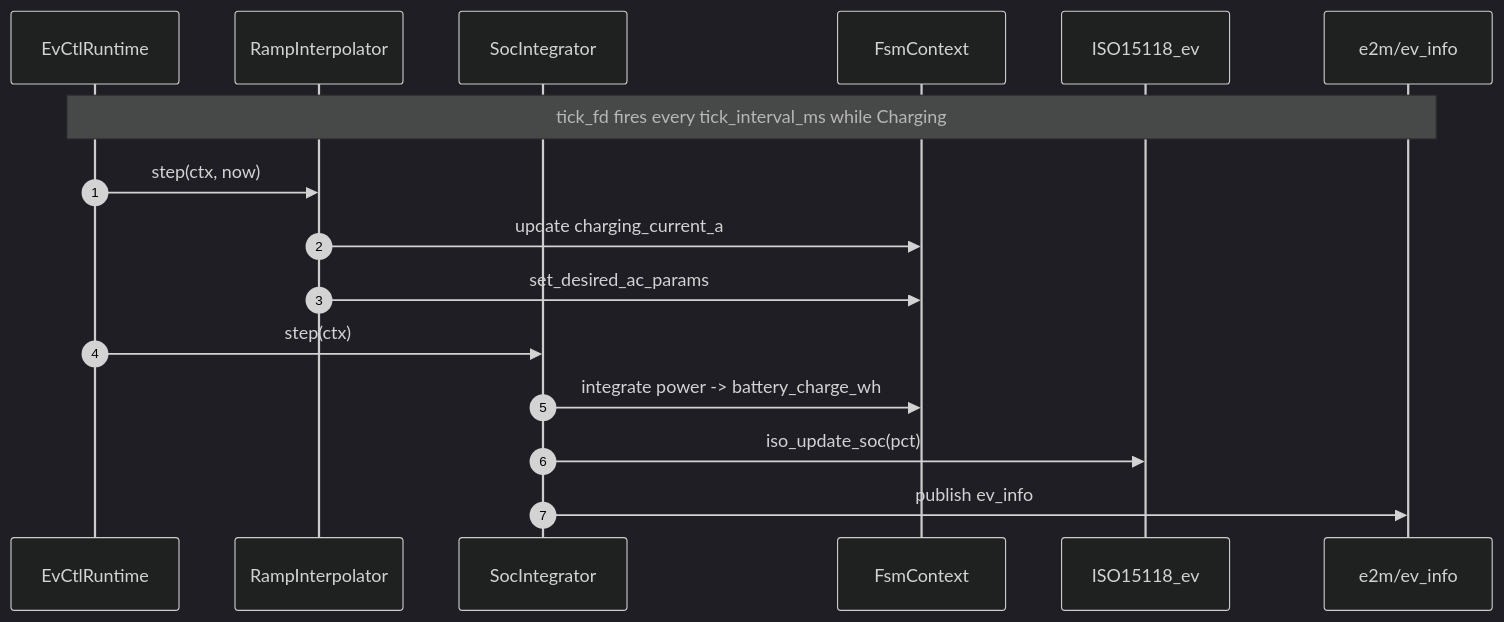
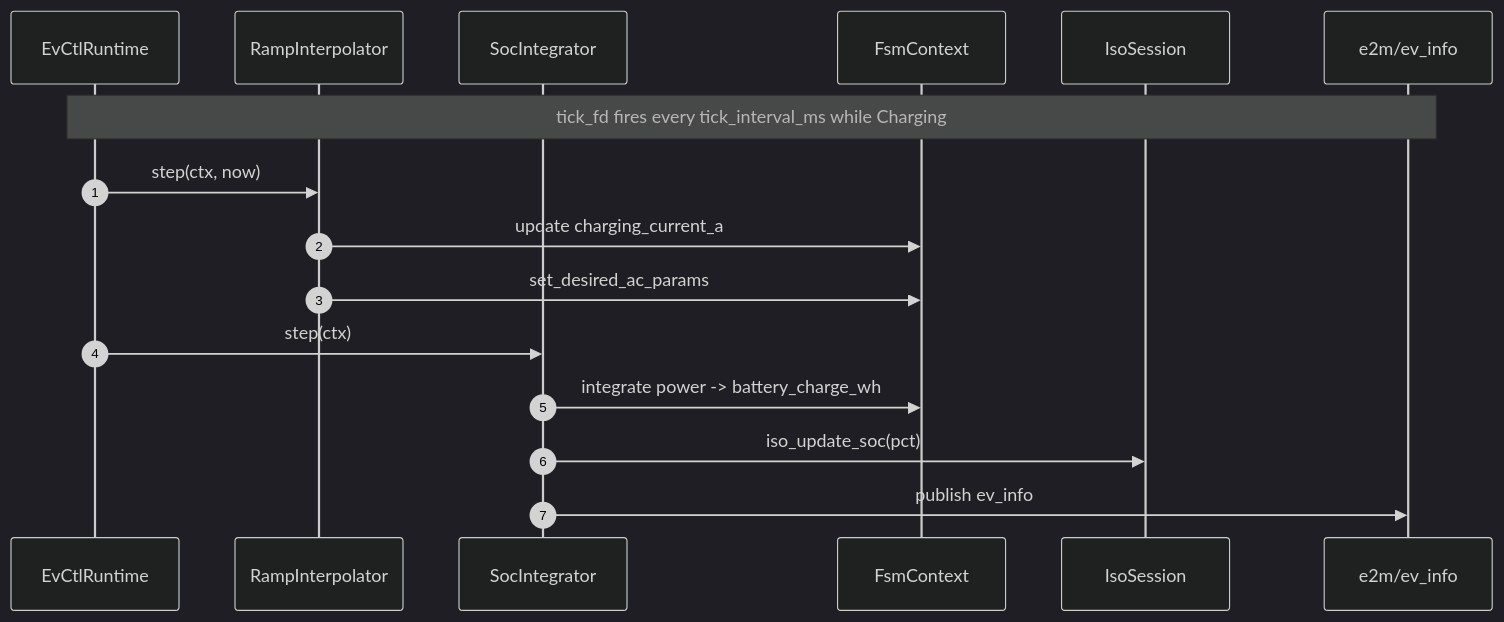
Before and after one commit to EVerest/EVerest: the diagram in modules/EV/EvController/docs/images/event_ingress_tick.mmd, drawn with Mermaid (dark theme). The commit also changed 57 other files, not shown here.

```diff
--- a/modules/EV/EvController/docs/images/event_ingress_tick.mmd
+++ b/modules/EV/EvController/docs/images/event_ingress_tick.mmd
@@ -1,19 +1,19 @@
 sequenceDiagram
     autonumber
     participant Runtime as EvCtlRuntime
     participant Ramp as RampInterpolator
     participant Soc as SocIntegrator
     participant Ctx as FsmContext
-    participant Iso as ISO15118_ev
+    participant Iso as IsoSession
     participant E2M as e2m/ev_info
 
     Note over Runtime,E2M: tick_fd fires every tick_interval_ms while Charging
 
     Runtime->>Ramp: step(ctx, now)
     Ramp->>Ctx: update charging_current_a
     Ramp->>Ctx: set_desired_ac_params
 
     Runtime->>Soc: step(ctx)
     Soc->>Ctx: integrate power -> battery_charge_wh
     Soc->>Iso: iso_update_soc(pct)
     Soc->>E2M: publish ev_info
```
